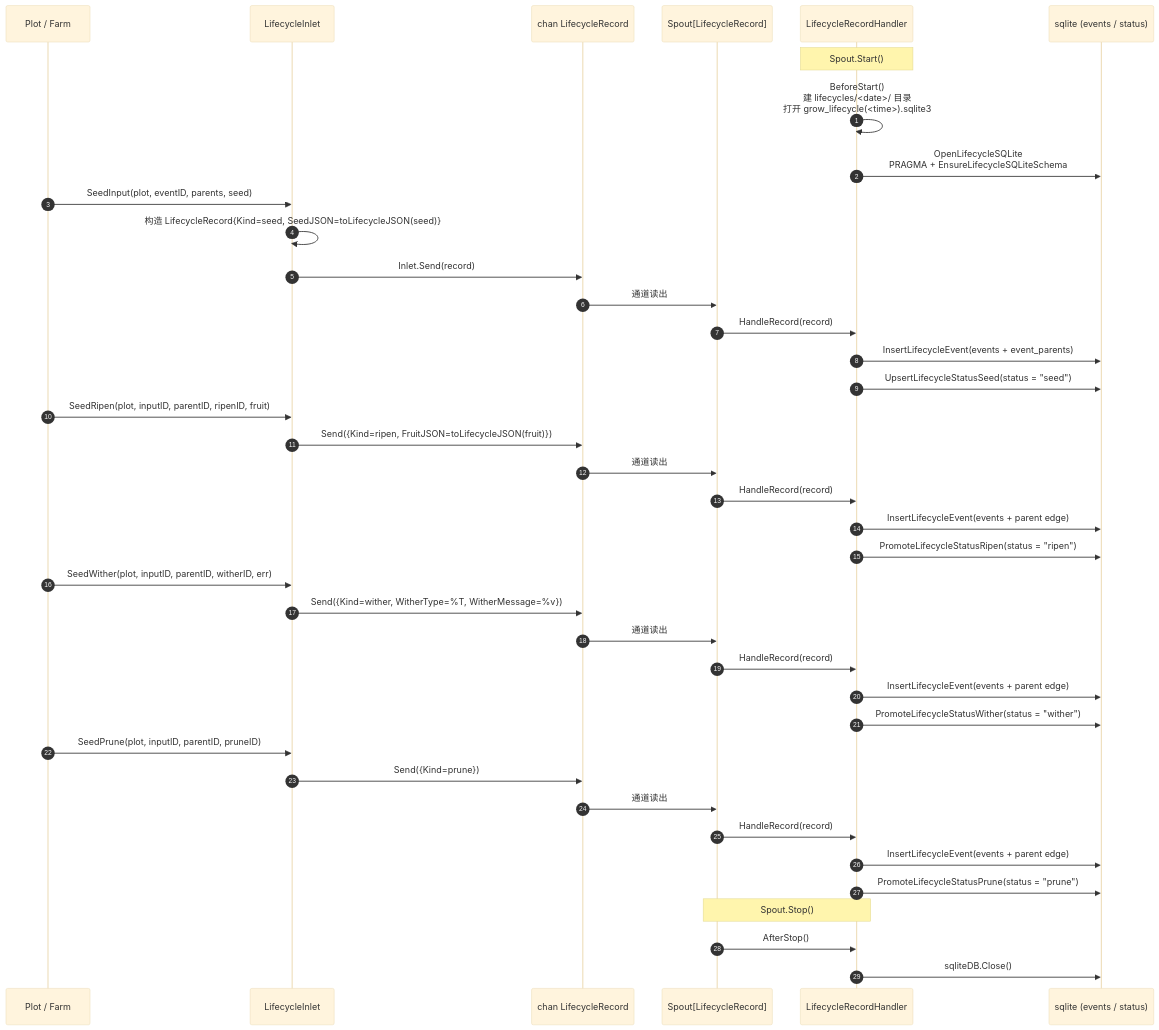
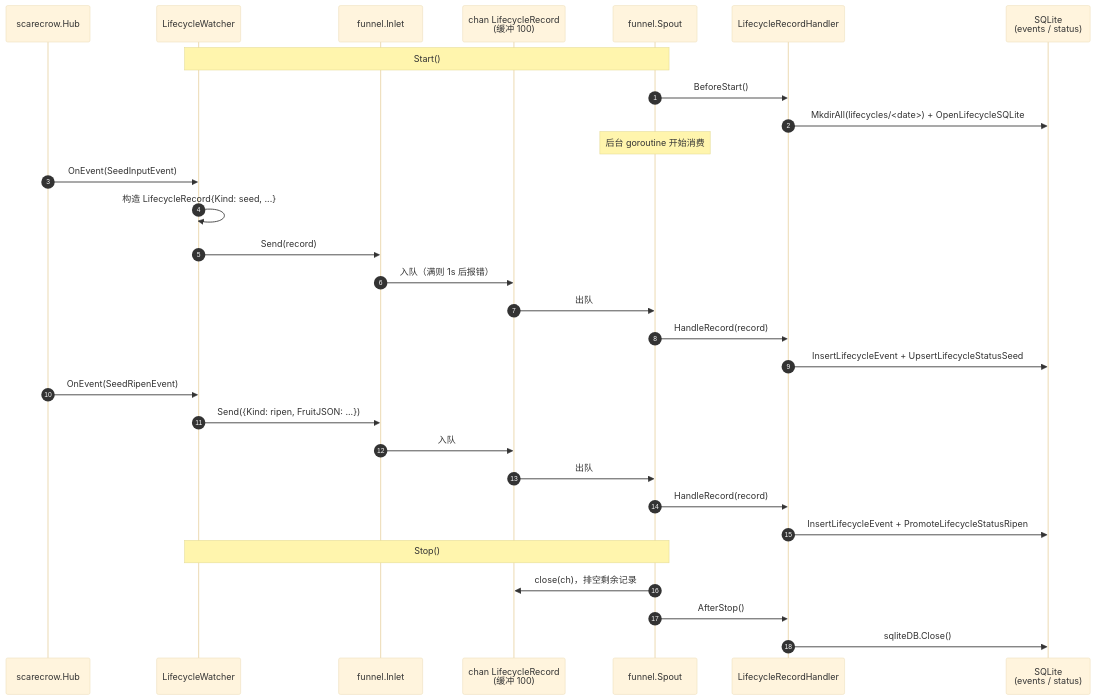
Before and after one commit to Mr-xiaotian/CelestialGrow: the diagram in docs/zh-CN/pkg/persist/lifecycle.md, drawn with Mermaid (base theme). The commit also changed other lines of this file and 50 other files, not shown here.

````diff
--- a/docs/zh-CN/pkg/persist/lifecycle.md
+++ b/docs/zh-CN/pkg/persist/lifecycle.md
@@ -99,47 +112,36 @@
 ```mermaid
 sequenceDiagram
     autonumber
-    participant Caller as Plot / Farm
-    participant Inlet as LifecycleInlet
-    participant Ch as chan LifecycleRecord
-    participant Spout as Spout[LifecycleRecord]
-    participant Handler as LifecycleRecordHandler
-    participant DB as sqlite (events / status)
+    participant Hub as scarecrow.Hub
+    participant W as LifecycleWatcher
+    participant In as funnel.Inlet
+    participant Q as chan LifecycleRecord<br/>(缓冲 100)
+    participant Sp as funnel.Spout
+    participant H as LifecycleRecordHandler
+    participant DB as SQLite<br/>(events / status)
 
-    Note over Handler: Spout.Start()
-    Handler->>Handler: BeforeStart()<br/>建 lifecycles/<date>/ 目录<br/>打开 grow_lifecycle(<time>).sqlite3
-    Handler->>DB: OpenLifecycleSQLite<br/>PRAGMA + EnsureLifecycleSQLiteSchema
+    Note over W,Sp: Start()
+    Sp->>H: BeforeStart()
+    H->>DB: MkdirAll(lifecycles/<date>) + OpenLifecycleSQLite
+    Note over Sp: 后台 goroutine 开始消费
 
-    Caller->>Inlet: SeedInput(plot, eventID, parents, seed)
-    Inlet->>Inlet: 构造 LifecycleRecord{Kind=seed, SeedJSON=toLifecycleJSON(seed)}
-    Inlet->>Ch: Inlet.Send(record)
-    Ch->>Spout: 通道读出
-    Spout->>Handler: HandleRecord(record)
-    Handler->>DB: InsertLifecycleEvent(events + event_parents)
-    Handler->>DB: UpsertLifecycleStatusSeed(status = "seed")
+    Hub->>W: OnEvent(SeedInputEvent)
+    W->>W: 构造 LifecycleRecord{Kind: seed, ...}
+    W->>In: Send(record)
+    In->>Q: 入队（满则 1s 后报错）
+    Q->>Sp: 出队
+    Sp->>H: HandleRecord(record)
+    H->>DB: InsertLifecycleEvent + UpsertLifecycleStatusSeed
 
-    Caller->>Inlet: SeedRipen(plot, inputID, parentID, ripenID, fruit)
-    Inlet->>Ch: Send({Kind=ripen, FruitJSON=toLifecycleJSON(fruit)})
-    Ch->>Spout: 通道读出
-    Spout->>Handler: HandleRecord(record)
-    Handler->>DB: InsertLifecycleEvent(events + parent edge)
-    Handler->>DB: PromoteLifecycleStatusRipen(status = "ripen")
+    Hub->>W: OnEvent(SeedRipenEvent)
+    W->>In: Send({Kind: ripen, FruitJSON: ...})
+    In->>Q: 入队
+    Q->>Sp: 出队
+    Sp->>H: HandleRecord(record)
+    H->>DB: InsertLifecycleEvent + PromoteLifecycleStatusRipen
 
-    Caller->>Inlet: SeedWither(plot, inputID, parentID, witherID, err)
-    Inlet->>Ch: Send({Kind=wither, WitherType=%T, WitherMessage=%v})
-    Ch->>Spout: 通道读出
-    Spout->>Handler: HandleRecord(record)
-    Handler->>DB: InsertLifecycleEvent(events + parent edge)
-    Handler->>DB: PromoteLifecycleStatusWither(status = "wither")
-
-    Caller->>Inlet: SeedPrune(plot, inputID, parentID, pruneID)
-    Inlet->>Ch: Send({Kind=prune})
-    Ch->>Spout: 通道读出
-    Spout->>Handler: HandleRecord(record)
-    Handler->>DB: InsertLifecycleEvent(events + parent edge)
-    Handler->>DB: PromoteLifecycleStatusPrune(status = "prune")
-
-    Note over Spout,Handler: Spout.Stop()
-    Spout->>Handler: AfterStop()
-    Handler->>DB: sqliteDB.Close()
+    Note over W,Sp: Stop()
+    Sp->>Q: close(ch)，排空剩余记录
+    Sp->>H: AfterStop()
+    H->>DB: sqliteDB.Close()
 ```
````
